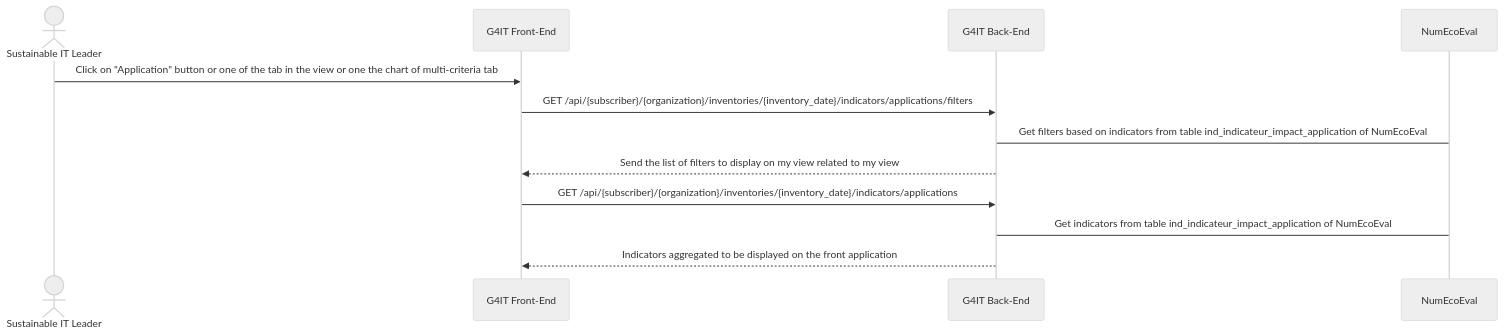
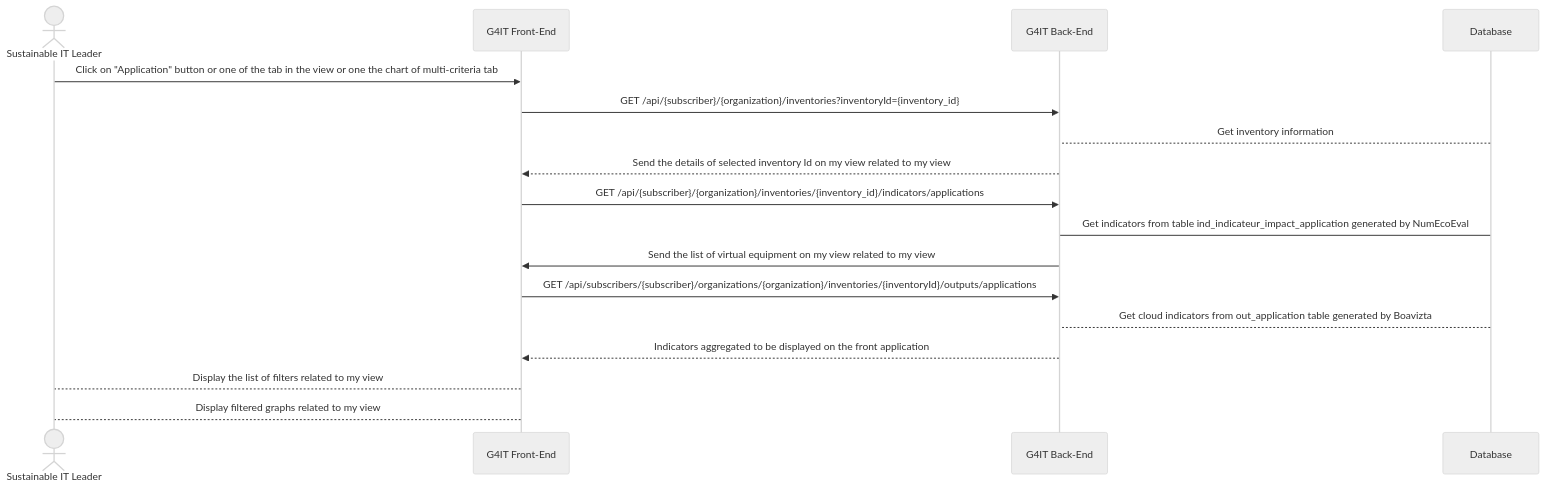
The second of 2 diagrams in services/documentation/content/3-functional-documentation/use_cases/uc_inventory/uc6_visualize_application_footprint.md (G4ITTeam/g4it), drawn with Mermaid (neutral theme) before and after one commit. The commit also changed other lines of this file and 398 other files, not shown here.

```diff
--- a/services/documentation/content/3-functional-documentation/use_cases/uc_inventory/uc6_visualize_application_footprint.md
+++ b/services/documentation/content/3-functional-documentation/use_cases/uc_inventory/uc6_visualize_application_footprint.md
@@ -183,16 +197,20 @@
 {{< mermaid >}}
 sequenceDiagram
 actor RND as Sustainable IT Leader
 participant front as G4IT Front-End
 participant back as G4IT Back-End
-participant NumEcoEval
-
+participant Database
 RND ->> front: Click on "Application" button or one of the tab in the view or one the chart of multi-criteria tab
-front ->> back: GET /api/{subscriber}/{organization}/inventories/{inventory_date}/indicators/applications/filters
-back -> NumEcoEval: Get filters based on indicators from table ind_indicateur_impact_application of NumEcoEval
-back -->> front: Send the list of filters to display on my view related to my view
-front ->> back: GET /api/{subscriber}/{organization}/inventories/{inventory_date}/indicators/applications
-back -> NumEcoEval: Get indicators from table ind_indicateur_impact_application of NumEcoEval
+front ->> back: GET /api/{subscriber}/{organization}/inventories?inventoryId={inventory_id}
+Database--> back: Get inventory information
+back -->> front: Send the details of selected inventory Id on my view related to my view
+front ->> back: GET /api/{subscriber}/{organization}/inventories/{inventory_id}/indicators/applications
+back -> Database: Get indicators from table ind_indicateur_impact_application generated by NumEcoEval
+back ->> front: Send the list of virtual equipment on my view related to my view
+front ->> back: GET /api/subscribers/{subscriber}/organizations/{organization}/inventories/{inventoryId}/outputs/applications
+Database--> back: Get cloud indicators from out_application table generated by Boavizta
 back -->> front: Indicators aggregated to be displayed on the front application
+front --> RND: Display the list of filters related to my view
+front --> RND: Display filtered graphs related to my view
 
 {{< /mermaid >}}
```
